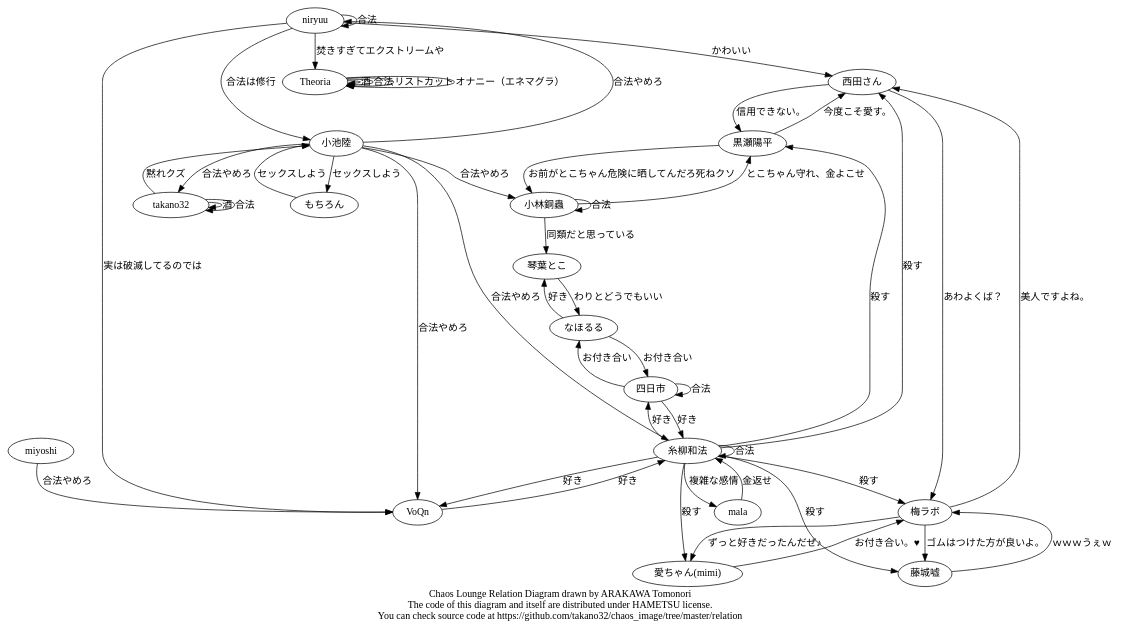
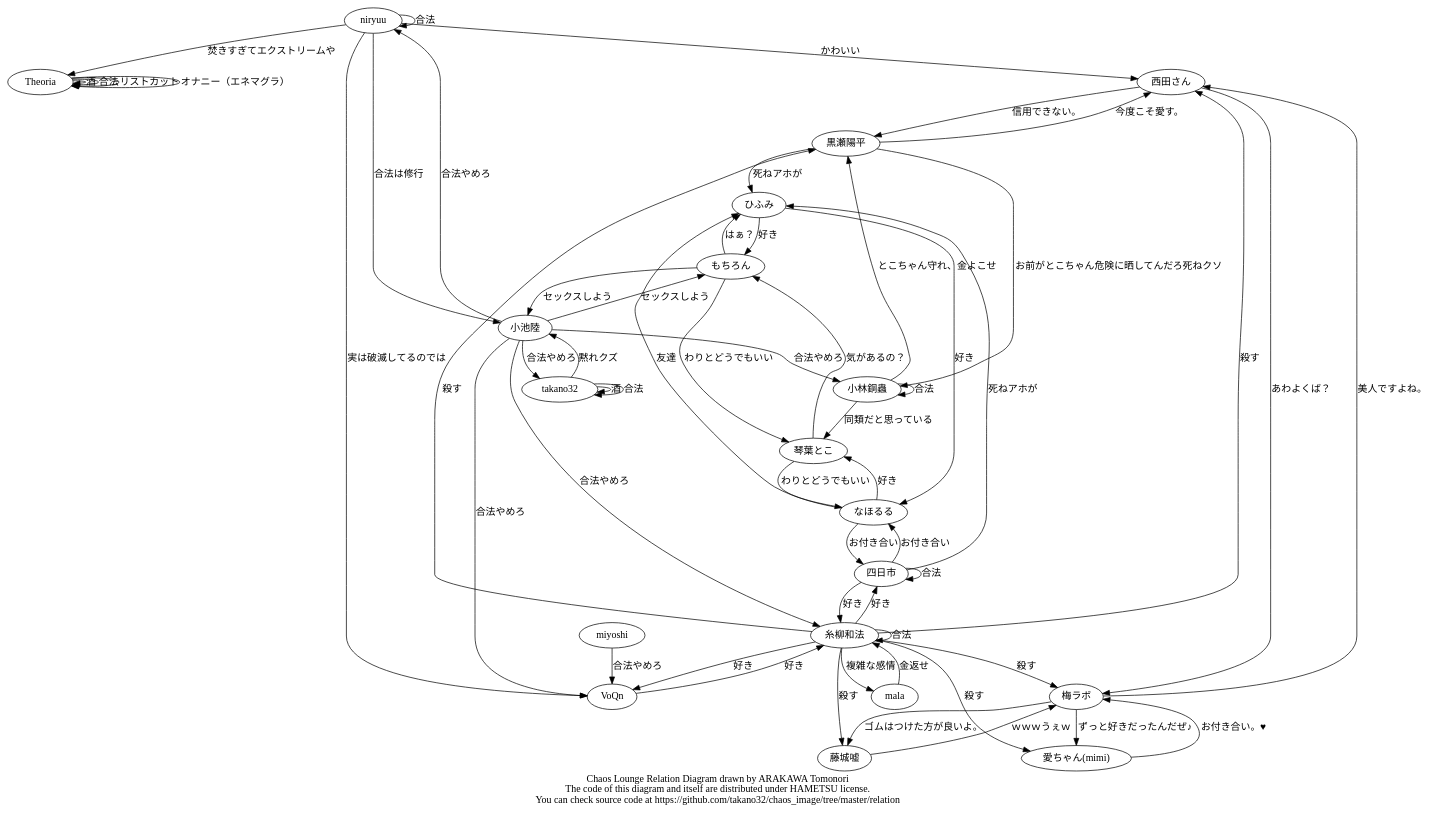
Before and after one commit to hametsu/chaos_image: the diagram in relation/chaos.dot, drawn with Graphviz.

Commit message:
ひふみ追加

```diff
--- a/relation/chaos.dot
+++ b/relation/chaos.dot
@@ -1,57 +1,65 @@
 digraph Chaos {
   Theoria   -> Theoria  [label = "酒"];
   Theoria   -> Theoria  [label = "合法"];
   Theoria   -> Theoria  [label = "リストカット"];
   Theoria   -> Theoria  [label = "オナニー（エネマグラ）"];
   梅ラボ    -> 藤城嘘   [label = "ゴムはつけた方が良いよ。"];
   梅ラボ    -> 西田さん [label = "美人ですよね。"];
   梅ラボ -> "愛ちゃん(mimi)" [label = "ずっと好きだったんだぜ♪"];
   藤城嘘   -> 梅ラボ   [label = "ｗｗｗうぇｗ"];
   西田さん -> 梅ラボ   [label = "あわよくば？"];
   西田さん -> 黒瀬陽平 [label = "信用できない。"];
   黒瀬陽平 -> 西田さん [label = "今度こそ愛す。"];
   黒瀬陽平 -> 小林銅蟲 [label = "お前がとこちゃん危険に晒してんだろ死ねクソ"];
+  黒瀬陽平 -> ひふみ [label = "死ねアホが"];
   "愛ちゃん(mimi)" -> 梅ラボ [label = "お付き合い。♥"];
   糸柳和法 -> 梅ラボ  [label = "殺す"];
   糸柳和法 -> 藤城嘘   [label = "殺す"];
   糸柳和法 -> 黒瀬陽平 [label = "殺す"];
   糸柳和法 -> 西田さん [label = "殺す"];
   糸柳和法 -> "愛ちゃん(mimi)" [label = "殺す"];
   糸柳和法 -> 四日市 [label = "好き"];
   糸柳和法 -> VoQn [label = "好き"];
   糸柳和法 -> mala [label = "複雑な感情"];
   糸柳和法 -> 糸柳和法 [label = "合法"];
   mala -> 糸柳和法 [label = "金返せ"];
   小池陸 -> 糸柳和法 [label = "合法やめろ"];
   小池陸 -> takano32 [label = "合法やめろ"];
   小池陸 -> 小林銅蟲 [label = "合法やめろ"];
   小池陸 -> VoQn [label = "合法やめろ"];
   小池陸 -> もちろん [label = "セックスしよう"];
   小池陸 -> niryuu [label = "合法やめろ"];
   もちろん -> 小池陸 [label = "セックスしよう"];
+  もちろん -> 琴葉とこ [label = "わりとどうでもいい"];
+  もちろん -> ひふみ [label = "はぁ？"];
   miyoshi -> VoQn [label = "合法やめろ"];
   小林銅蟲 -> 黒瀬陽平 [label = "とこちゃん守れ、金よこせ"];
   小林銅蟲 -> 琴葉とこ [label = "同類だと思っている"];
   小林銅蟲 -> 小林銅蟲 [label = "合法"];
   takano32 -> 小池陸 [label = "黙れクズ"];
   takano32 -> takano32 [label = "酒"];
   takano32 -> takano32 [label = "合法"];
   なほるる -> 琴葉とこ [label = "好き"];
   なほるる -> 四日市 [label = "お付き合い"];
+  なほるる -> ひふみ [label = "友達"];
   琴葉とこ -> なほるる [label = "わりとどうでもいい"];
+  琴葉とこ -> もちろん [label = "気があるの？"];
   四日市 -> なほるる [label = "お付き合い"];
   四日市 -> 糸柳和法 [label = "好き"];
   四日市 -> 四日市 [label = "合法"];
+  四日市 -> ひふみ [label = "死ねアホが"];
+  ひふみ -> なほるる [label = "好き"];
+  ひふみ -> もちろん [label = "好き"];
   VoQn -> 糸柳和法 [label = "好き"];
   niryuu -> 小池陸 [label = "合法は修行"];
   niryuu -> niryuu [label = "合法"];
   niryuu -> Theoria [label = "焚きすぎてエクストリームや"];
   niryuu -> VoQn [label = "実は破滅してるのでは"];
   niryuu -> 西田さん [label = "かわいい"];
   subgraph cluster_hoge {
     style = filled;
     color = lightgrey;
     // see also http://graphviz.org/content/cluster
   }
   label = "Chaos Lounge Relation Diagram drawn by ARAKAWA Tomonori\nThe code of this diagram and itself are distributed under HAMETSU license.\nYou can check source code at https://github.com/takano32/chaos_image/tree/master/relation";
 }
```
